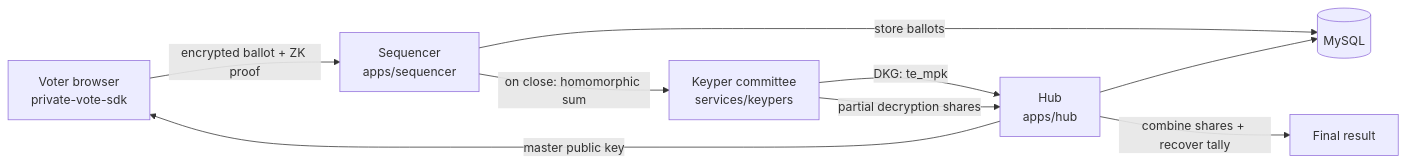
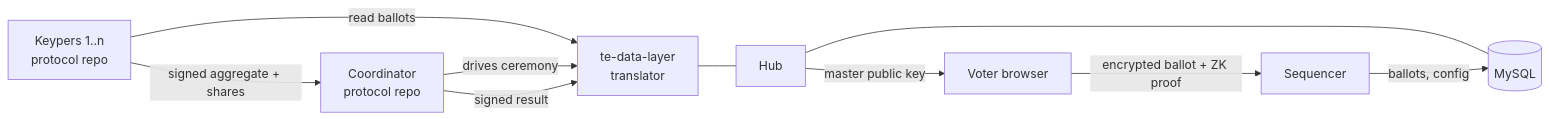
One commit to snapshot-labs/sx-monorepo changed the diagram in docs/private-voting/README.md. Above: the diagram before and after it, drawn with Mermaid. The commit also changed other lines of this file and 243 other files, not shown here.

````diff
--- a/docs/private-voting/README.md
+++ b/docs/private-voting/README.md
@@ -35,11 +40,12 @@
 ```mermaid
 flowchart LR
-    A[Voter browser<br/>private-vote-sdk] -->|encrypted ballot + ZK proof| S[Sequencer<br/>apps/sequencer]
-    K[Keyper committee<br/>services/keypers] -->|DKG: te_mpk| H[Hub<br/>apps/hub]
+    A[Voter browser] -->|encrypted ballot + ZK proof| S[Sequencer]
+    S -->|ballots, config| DB[(MySQL)]
+    H[Hub] --- DB
     H -->|master public key| A
-    S -->|store ballots| DB[(MySQL)]
-    H --> DB
-    S -->|on close: homomorphic sum| K
-    K -->|partial decryption shares| H
-    H -->|combine shares + recover tally| R[Final result]
+    L[te-data-layer<br/>translator] --- H
+    C[Coordinator<br/>protocol repo] -->|drives ceremony| L
+    K[Keypers 1..n<br/>protocol repo] -->|read ballots| L
+    K -->|signed aggregate + shares| C
+    C -->|signed result| L
 ```
````
